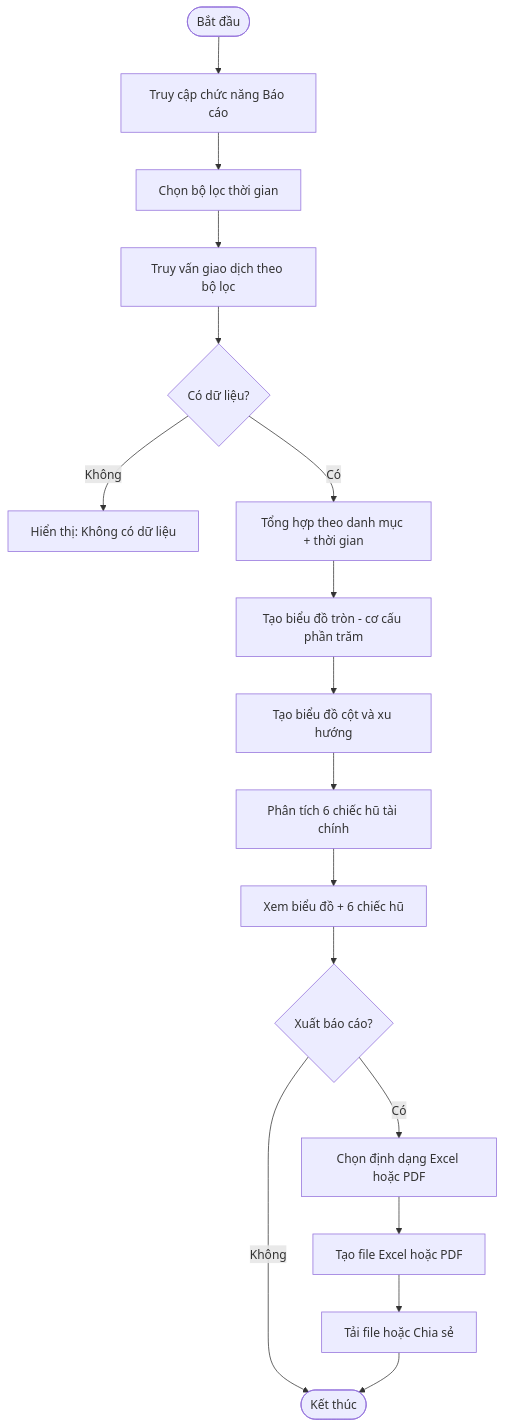
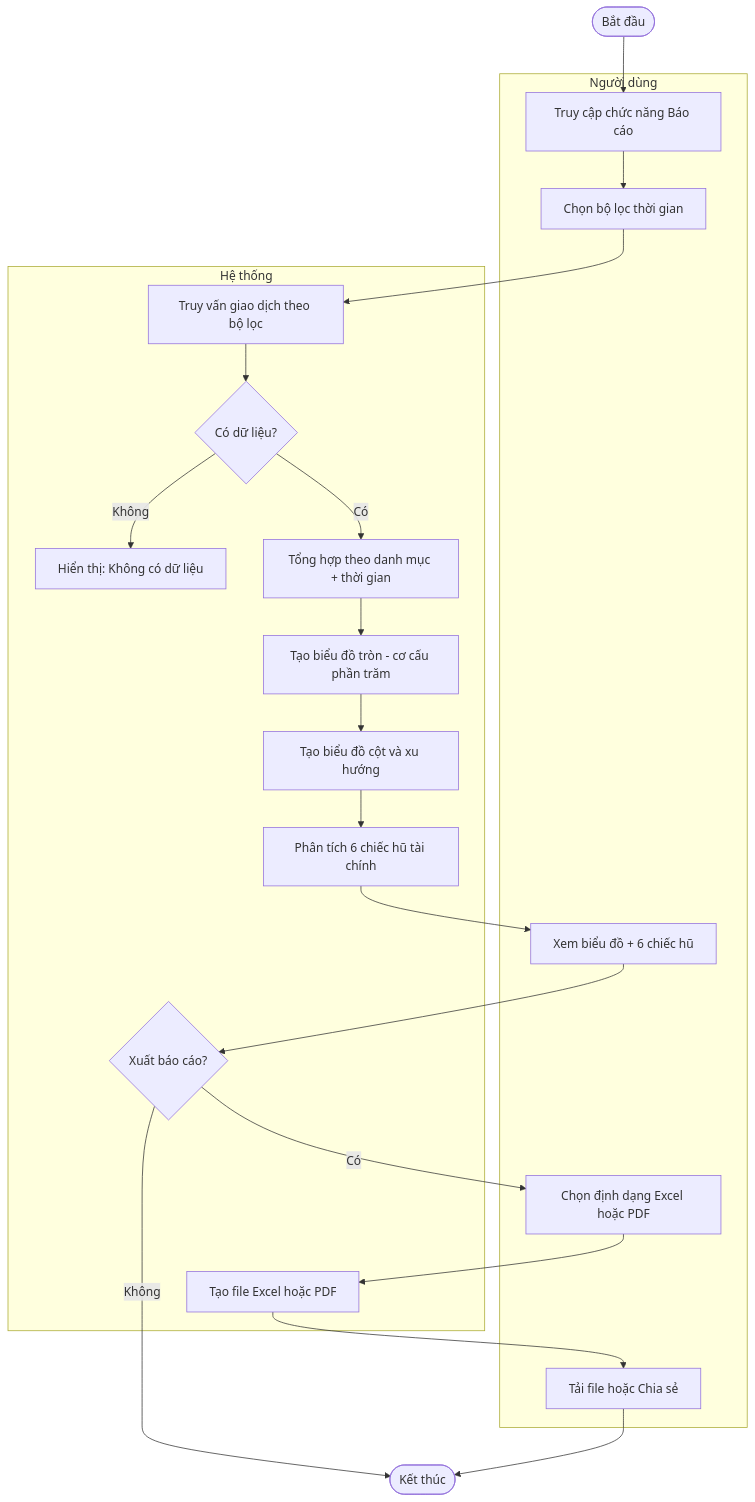
The ninth of 10 diagrams in Nghiên cứu MISA MoneyKeeper.md (Hieu-vn/Graduation-Thesis), drawn with Mermaid before and after one commit. The commit also changed other lines of this file, not shown here.

````diff
--- a/Nghiên cứu MISA MoneyKeeper.md
+++ b/Nghiên cứu MISA MoneyKeeper.md
@@ -275,19 +473,43 @@
 ```mermaid
 flowchart TD
-    A([Bắt đầu]) --> B[Truy cập chức năng Báo cáo]
-    B --> C[Chọn bộ lọc thời gian]
-    C --> D[Truy vấn giao dịch theo bộ lọc]
-    D --> D2{Có dữ liệu?}
-    D2 -->|Không| D3[Hiển thị: Không có dữ liệu]
-    D2 -->|Có| E[Tổng hợp theo danh mục + thời gian]
-    E --> F[Tạo biểu đồ tròn - cơ cấu phần trăm]
-    F --> F2[Tạo biểu đồ cột và xu hướng]
-    F2 --> G[Phân tích 6 chiếc hũ tài chính]
-    G --> H[Xem biểu đồ + 6 chiếc hũ]
-    H --> I{Xuất báo cáo?}
-    I -->|Có| J[Chọn định dạng Excel hoặc PDF]
-    J --> J2[Tạo file Excel hoặc PDF]
-    J2 --> K[Tải file hoặc Chia sẻ]
-    I -->|Không| L([Kết thúc])
+    A([Bắt đầu])
+
+    subgraph NguoiDung["Người dùng"]
+        B[Truy cập chức năng Báo cáo]
+        C[Chọn bộ lọc thời gian]
+        H[Xem biểu đồ + 6 chiếc hũ]
+        J[Chọn định dạng Excel hoặc PDF]
+        K[Tải file hoặc Chia sẻ]
+    end
+
+    subgraph HeThong["Hệ thống"]
+        D[Truy vấn giao dịch theo bộ lọc]
+        D2{Có dữ liệu?}
+        D3[Hiển thị: Không có dữ liệu]
+        E[Tổng hợp theo danh mục + thời gian]
+        F[Tạo biểu đồ tròn - cơ cấu phần trăm]
+        F2[Tạo biểu đồ cột và xu hướng]
+        G[Phân tích 6 chiếc hũ tài chính]
+        I{Xuất báo cáo?}
+        J2[Tạo file Excel hoặc PDF]
+    end
+
+    L([Kết thúc])
+
+    A --> B
+    B --> C
+    C --> D
+    D --> D2
+    D2 -->|Không| D3
+    D2 -->|Có| E
+    E --> F
+    F --> F2
+    F2 --> G
+    G --> H
+    H --> I
+    I -->|Có| J
+    J --> J2
+    J2 --> K
+    I -->|Không| L
     K --> L
 ```
````
